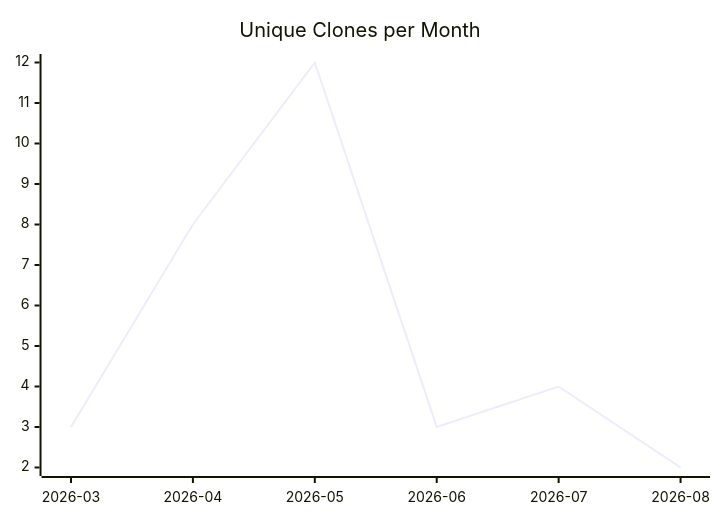
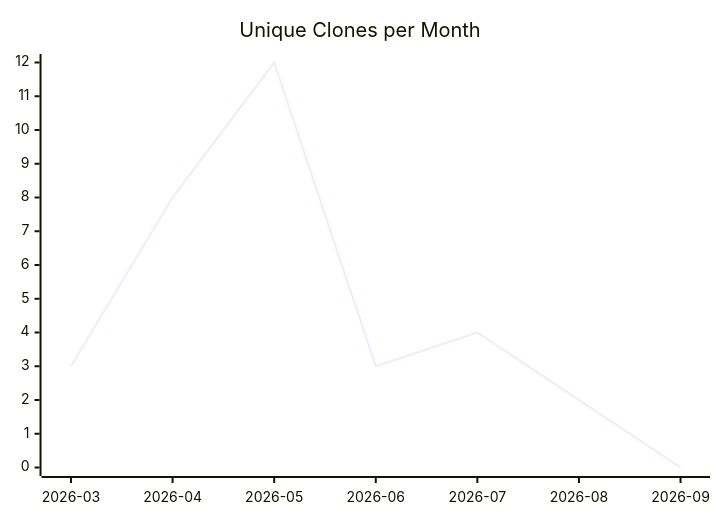
Before and after one commit to justdavis-family/github-analytics-data: the third of 3 diagrams in karlmdavis/puppet-sonar/README.md, drawn with Mermaid. The commit also changed other lines of this file and 191 other files, not shown here.

````diff
--- a/karlmdavis/puppet-sonar/README.md
+++ b/karlmdavis/puppet-sonar/README.md
@@ -19,6 +19,6 @@
 ```mermaid
 xychart-beta
   title "Unique Clones per Month"
-  x-axis ["2026-03", "2026-04", "2026-05", "2026-06", "2026-07", "2026-08"]
-  line [3, 8, 12, 3, 4, 2]
+  x-axis ["2026-03", "2026-04", "2026-05", "2026-06", "2026-07", "2026-08", "2026-09"]
+  line [3, 8, 12, 3, 4, 2, 0]
 ```
````
